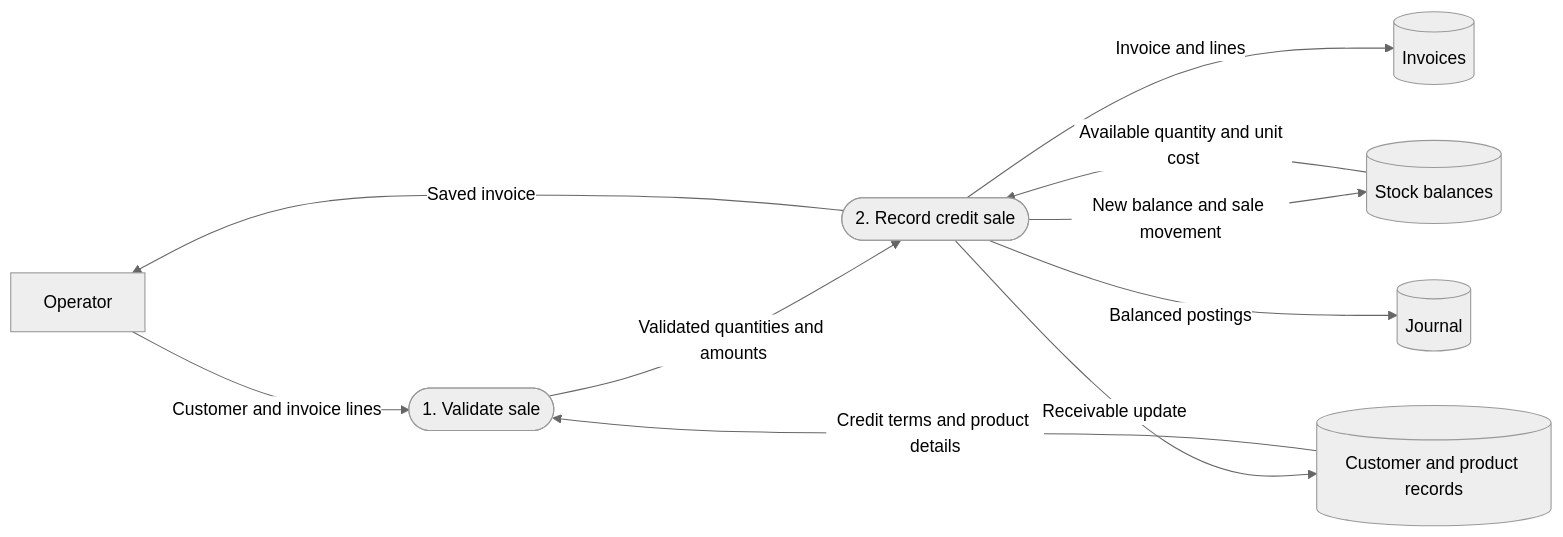
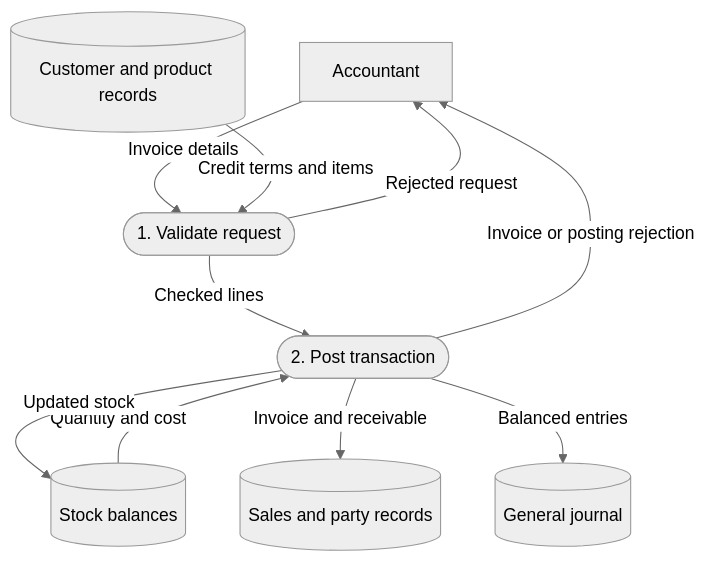
One commit to ayush-mg/arthlens changed the fifth of 11 diagrams in README.md. Above: the diagram before and after it, drawn with Mermaid (neutral theme). The commit also changed other lines of this file and 24 other files, not shown here.

````diff
--- a/README.md
+++ b/README.md
@@ -85,12 +133,12 @@
 ```mermaid
-flowchart LR
-    U[Operator] -->|Customer and invoice lines| V([1. Validate sale])
-    C[(Customer and product records)] -->|Credit terms and product details| V
-    V -->|Validated quantities and amounts| P([2. Record credit sale])
-    S[(Stock balances)] -->|Available quantity and unit cost| P
-    P -->|New balance and sale movement| S
-    P -->|Invoice and lines| I[(Invoices)]
-    P -->|Receivable update| C
-    P -->|Balanced postings| J[(Journal)]
-    P -->|Saved invoice| U
+flowchart TD
+    U[Accountant] -->|Invoice details| V([1. Validate request])
+    C[("Customer and product records")] -->|Credit terms and items| V
+    V -->|Rejected request| U
+    V -->|Checked lines| P([2. Post transaction])
+    S[("Stock balances")] -->|Quantity and cost| P
+    P -->|Updated stock| S
+    P -->|Invoice and receivable| I[("Sales and party records")]
+    P -->|Balanced entries| J[("General journal")]
+    P -->|Invoice or posting rejection| U
 ```
````
